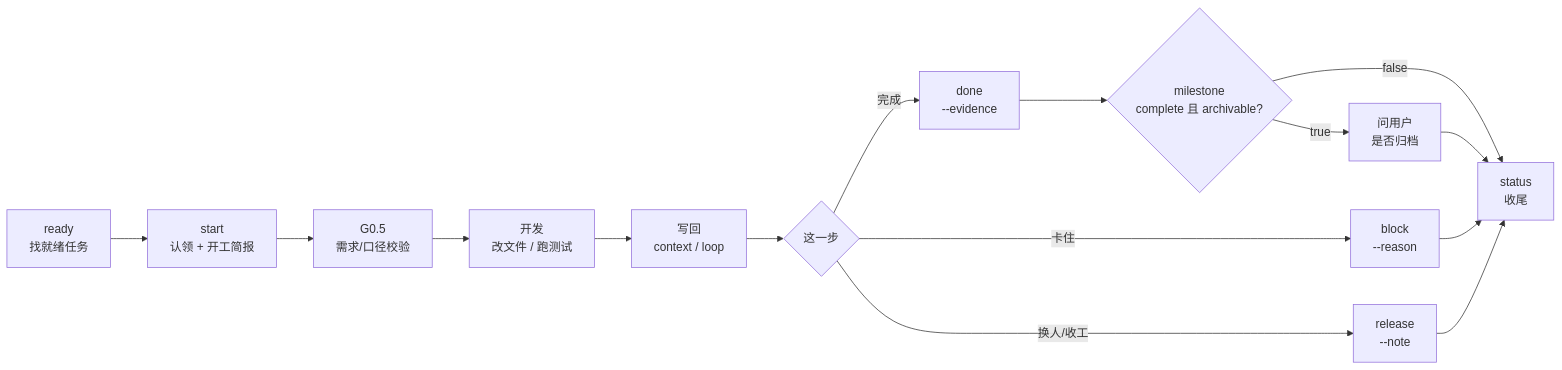
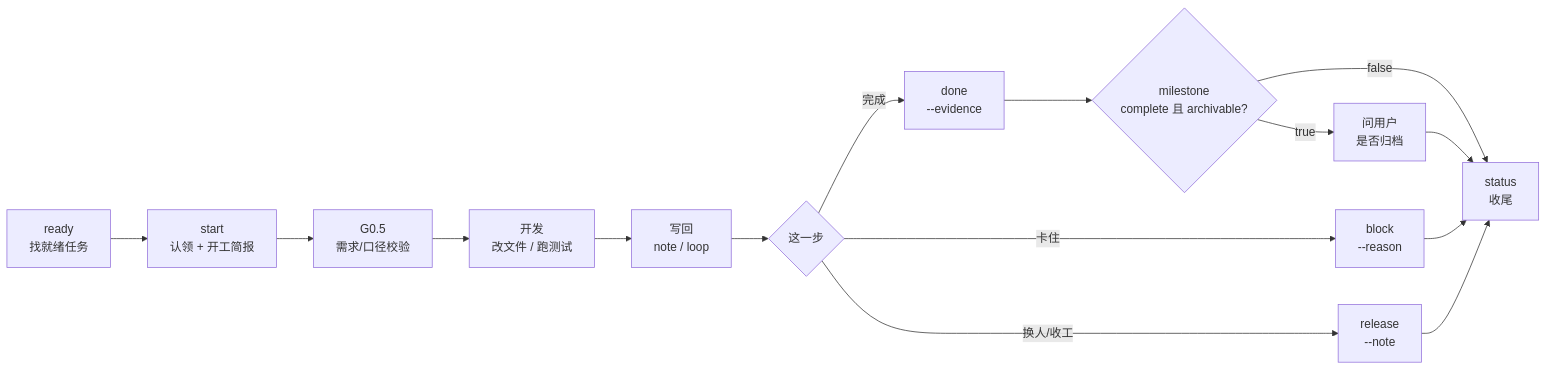
Before and after one commit to OptimisticGeek/dsh-project-todo: the diagram in README.md, drawn with Mermaid. The commit also changed other lines of this file and 5 other files, not shown here.

First line of the commit message:
docs: v4.0.0 改名与渐进式视图文档

````diff
--- a/README.md
+++ b/README.md
@@ -59,17 +59,17 @@
 ```mermaid
 flowchart LR
   R["ready<br/>找就绪任务"] --> S["start<br/>认领 + 开工简报"]
   S --> V["G0.5<br/>需求/口径校验"]
   V --> D["开发<br/>改文件 / 跑测试"]
-  D --> W["写回<br/>context / loop"]
+  D --> W["写回<br/>note / loop"]
   W --> X{"这一步"}
   X -->|完成| DN["done<br/>--evidence"]
   X -->|卡住| BL["block<br/>--reason"]
   X -->|换人/收工| RL["release<br/>--note"]
   DN --> M{"milestone<br/>complete 且 archivable?"}
   M -->|true| ASK["问用户<br/>是否归档"]
   M -->|false| ST["status<br/>收尾"]
   ASK --> ST
   BL --> ST
   RL --> ST
 ```
````
